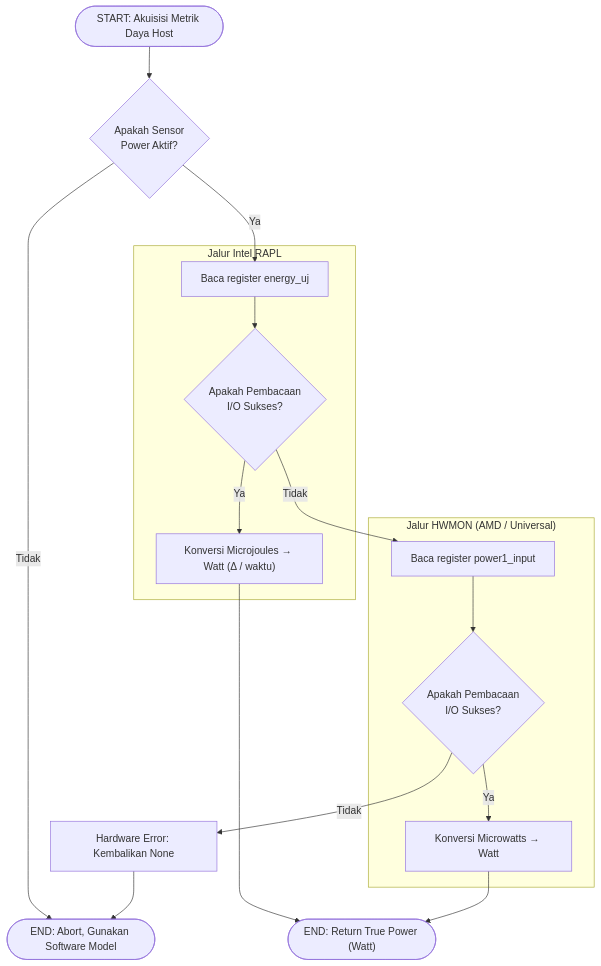
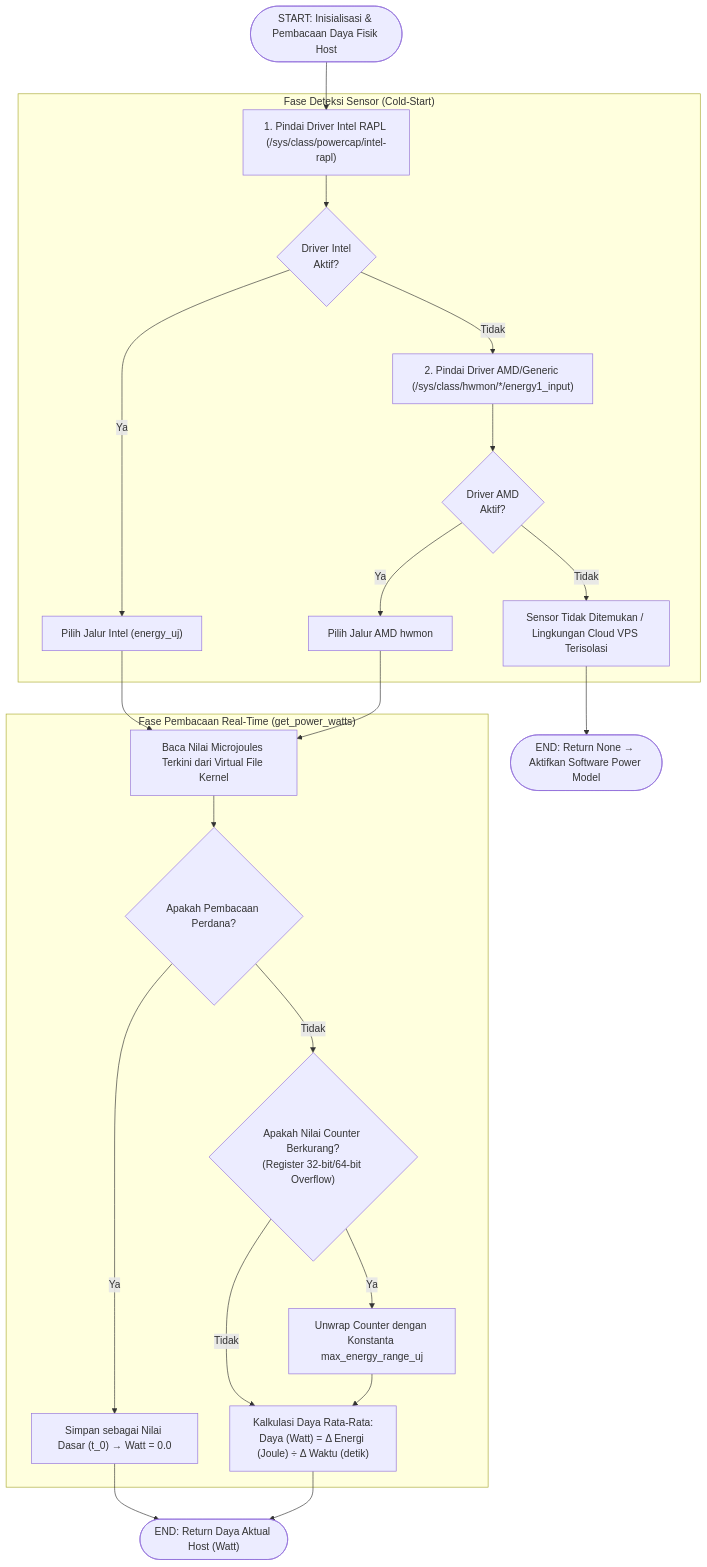
Before and after one commit to fauzanreza/green-container-framework: the second of 2 diagrams in architecture-diagrams/layer-1-profiler/03_hardware_sensor.md, drawn with Mermaid. The commit also changed other lines of this file and 18 other files, not shown here.

````diff
--- a/architecture-diagrams/layer-1-profiler/03_hardware_sensor.md
+++ b/architecture-diagrams/layer-1-profiler/03_hardware_sensor.md
@@ -49,39 +93,53 @@
 ```mermaid
 flowchart TD
-    START(["START: Akuisisi Metrik Daya Host"])
+    START(["START: Inisialisasi & Pembacaan Daya Fisik Host"])
 
-    CEK_STATUS{"Apakah Sensor<br/>Power Aktif?"}
-    SELESAI_LEWAT(["END: Abort, Gunakan Software Model"])
+    subgraph DETEKSI["Fase Deteksi Sensor (Cold-Start)"]
+        CEK_INTEL["1. Pindai Driver Intel RAPL (/sys/class/powercap/intel-rapl)"]
+        KETEMU_INTEL{"Driver Intel<br/>Aktif?"}
+        PAKAI_INTEL["Pilih Jalur Intel (energy_uj)"]
 
-    subgraph INTEL["Jalur Intel RAPL"]
-        BACA_INTEL["Baca register energy_uj"]
-        STATUS_INTEL{"Apakah Pembacaan<br/>I/O Sukses?"}
-        HITUNG_INTEL["Konversi Microjoules → Watt (Δ / waktu)"]
+        CEK_AMD["2. Pindai Driver AMD/Generic (/sys/class/hwmon/*/energy1_input)"]
+        KETEMU_AMD{"Driver AMD<br/>Aktif?"}
+        PAKAI_AMD["Pilih Jalur AMD hwmon"]
+
+        TIDAK_ADA["Sensor Tidak Ditemukan / Lingkungan Cloud VPS Terisolasi"]
     end
 
-    subgraph AMD_GENERIC["Jalur HWMON (AMD / Universal)"]
-        BACA_AMD["Baca register power1_input"]
-        STATUS_AMD{"Apakah Pembacaan<br/>I/O Sukses?"}
-        HITUNG_AMD["Konversi Microwatts → Watt"]
+    subgraph AKUISISI["Fase Pembacaan Real-Time (get_power_watts)"]
+        BACA_ENERGY["Baca Nilai Microjoules Terkini dari Virtual File Kernel"]
+        CEK_PERTAMA{"Apakah Pembacaan Perdana?"}
+        SIMPAN_DASAR["Simpan sebagai Nilai Dasar (t_0) → Watt = 0.0"]
+
+        CEK_WRAP{"Apakah Nilai Counter Berkurang?<br/>(Register 32-bit/64-bit Overflow)"}
+        PULIHKAN_WRAP["Unwrap Counter dengan Konstanta max_energy_range_uj"]
+
+        HITUNG_WATT["Kalkulasi Daya Rata-Rata:<br/>Daya (Watt) = Δ Energi (Joule) ÷ Δ Waktu (detik)"]
     end
 
-    GAGAL["Hardware Error: Kembalikan None"]
+    SELESAI_NILAI(["END: Return Daya Aktual Host (Watt)"])
+    SELESAI_FALLBACK(["END: Return None → Aktifkan Software Power Model"])
 
-    SELESAI(["END: Return True Power (Watt)"])
+    START --> CEK_INTEL
+    CEK_INTEL --> KETEMU_INTEL
+    KETEMU_INTEL -->|Ya| PAKAI_INTEL
+    KETEMU_INTEL -->|Tidak| CEK_AMD
+    CEK_AMD --> KETEMU_AMD
+    KETEMU_AMD -->|Ya| PAKAI_AMD
+    KETEMU_AMD -->|Tidak| TIDAK_ADA
 
-    START --> CEK_STATUS
-    CEK_STATUS -->|Tidak| SELESAI_LEWAT
-    CEK_STATUS -->|Ya| BACA_INTEL
+    PAKAI_INTEL --> BACA_ENERGY
+    PAKAI_AMD --> BACA_ENERGY
+    TIDAK_ADA --> SELESAI_FALLBACK
 
-    BACA_INTEL --> STATUS_INTEL
-    STATUS_INTEL -->|Ya| HITUNG_INTEL
-    STATUS_INTEL -->|Tidak| BACA_AMD
+    BACA_ENERGY --> CEK_PERTAMA
+    CEK_PERTAMA -->|Ya| SIMPAN_DASAR
+    SIMPAN_DASAR --> SELESAI_NILAI
+    CEK_PERTAMA -->|Tidak| CEK_WRAP
 
-    BACA_AMD --> STATUS_AMD
-    STATUS_AMD -->|Ya| HITUNG_AMD
-    STATUS_AMD -->|Tidak| GAGAL
+    CEK_WRAP -->|Ya| PULIHKAN_WRAP
+    CEK_WRAP -->|Tidak| HITUNG_WATT
+    PULIHKAN_WRAP --> HITUNG_WATT
 
-    HITUNG_INTEL --> SELESAI
-    HITUNG_AMD --> SELESAI
-    GAGAL --> SELESAI_LEWAT
+    HITUNG_WATT --> SELESAI_NILAI
 ```
````
